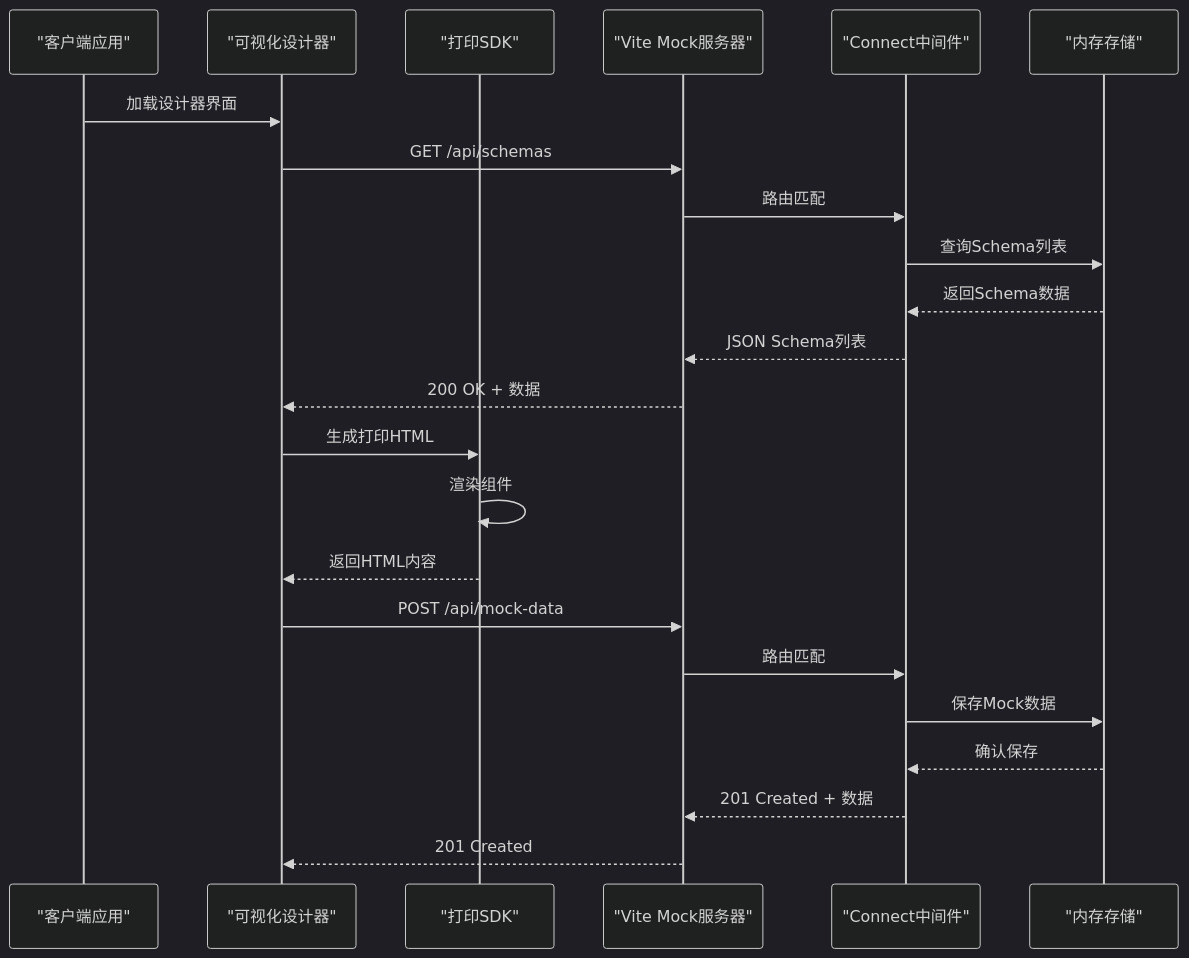
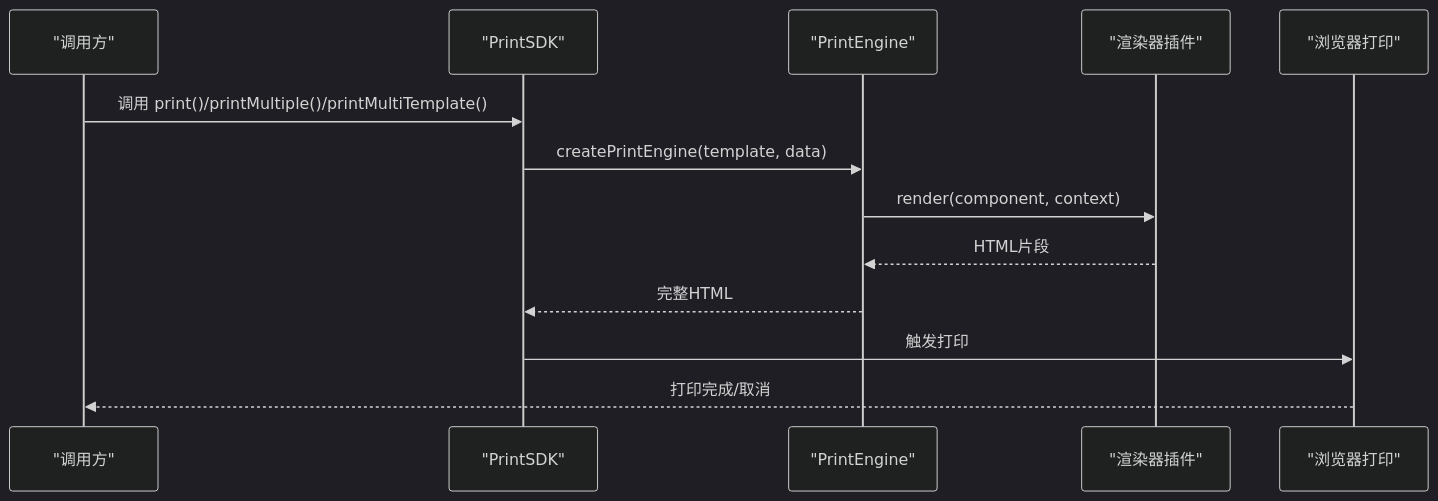
One commit to joker-yjc/printer changed the second of 3 diagrams in .qoder/repowiki/zh/content/API参考文档/API参考文档.md. Above: the diagram before and after it, drawn with Mermaid (dark theme). The commit also changed other lines of this file and 86 other files, not shown here.

````diff
--- a/.qoder/repowiki/zh/content/API参考文档/API参考文档.md
+++ b/.qoder/repowiki/zh/content/API参考文档/API参考文档.md
@@ -100,25 +126,15 @@
 ```mermaid
 sequenceDiagram
-participant Client as "客户端应用"
-participant Designer as "可视化设计器"
-participant SDK as "打印SDK"
-participant Vite as "Vite Mock服务器"
-participant Middleware as "Connect中间件"
-participant Memory as "内存存储"
-Client->>Designer : 加载设计器界面
-Designer->>Vite : GET /api/schemas
-Vite->>Middleware : 路由匹配
-Middleware->>Memory : 查询Schema列表
-Memory-->>Middleware : 返回Schema数据
-Middleware-->>Vite : JSON Schema列表
-Vite-->>Designer : 200 OK + 数据
-Designer->>SDK : 生成打印HTML
-SDK->>SDK : 渲染组件
-SDK-->>Designer : 返回HTML内容
-Designer->>Vite : POST /api/mock-data
-Vite->>Middleware : 路由匹配
-Middleware->>Memory : 保存Mock数据
-Memory-->>Middleware : 确认保存
-Middleware-->>Vite : 201 Created + 数据
-Vite-->>Designer : 201 Created
+participant Client as "调用方"
+participant SDK as "PrintSDK"
+participant Engine as "PrintEngine"
+participant Renderer as "渲染器插件"
+participant Browser as "浏览器打印"
+Client->>SDK : 调用 print()/printMultiple()/printMultiTemplate()
+SDK->>Engine : createPrintEngine(template, data)
+Engine->>Renderer : render(component, context)
+Renderer-->>Engine : HTML片段
+Engine-->>SDK : 完整HTML
+SDK->>Browser : 触发打印
+Browser-->>Client : 打印完成/取消
 ```
````
